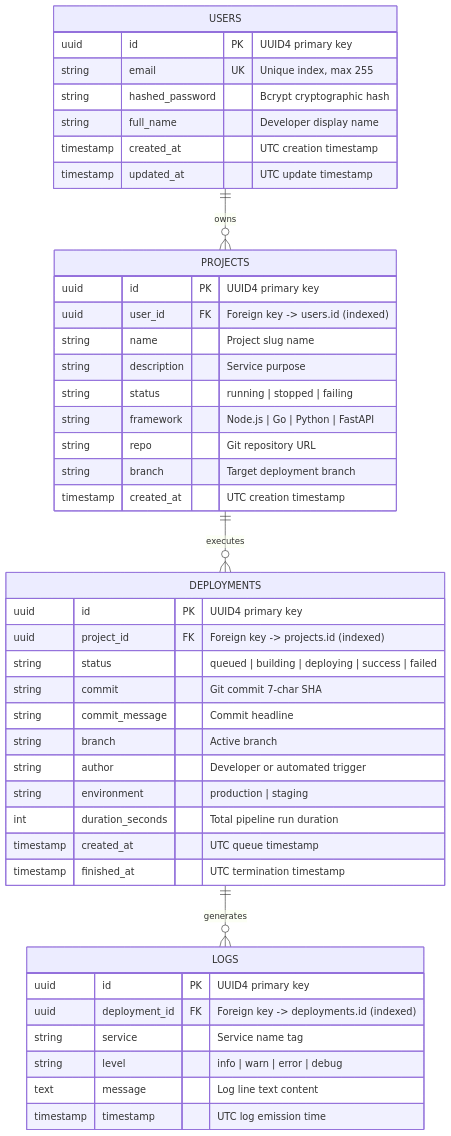
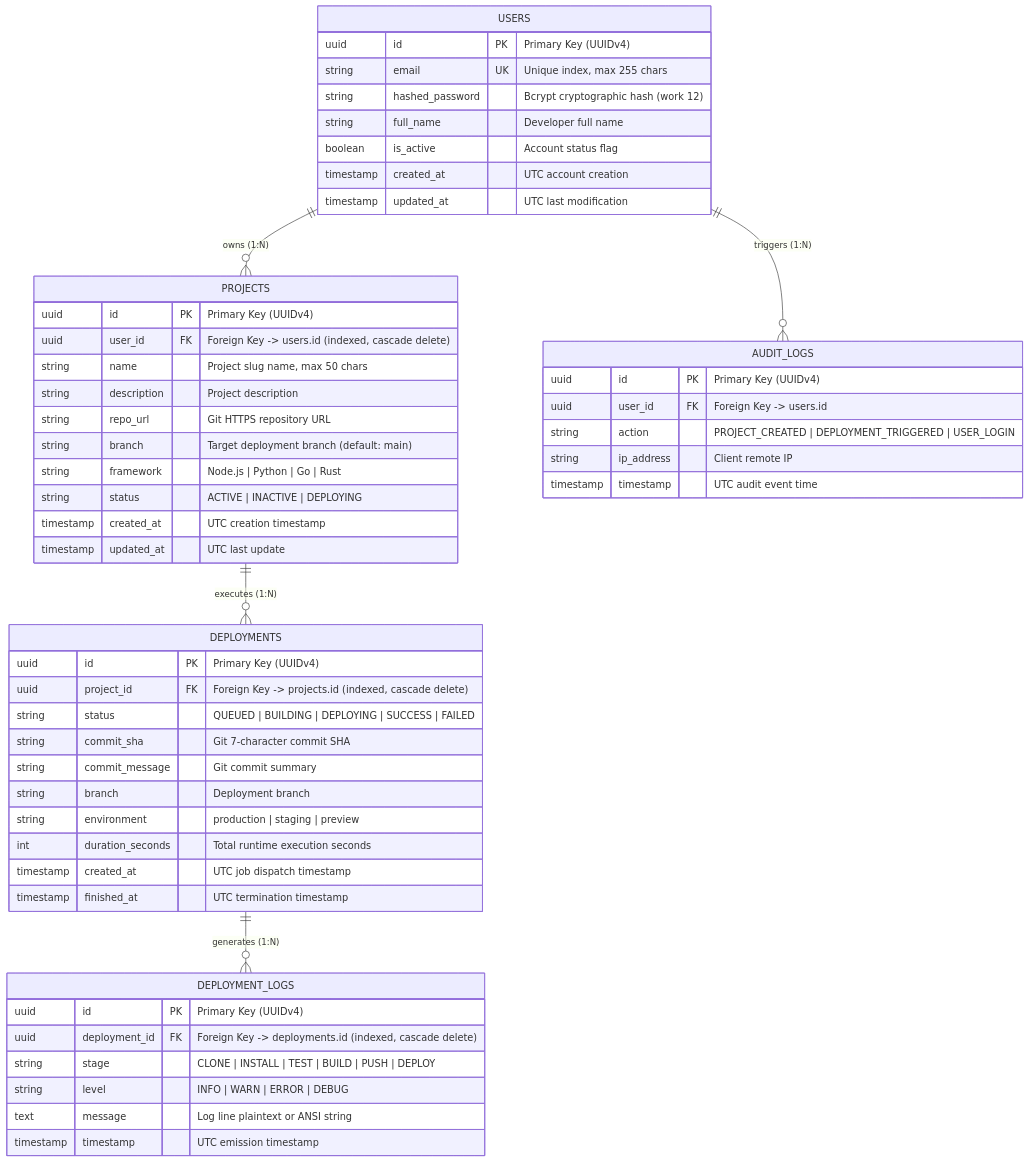
Before and after one commit to satviashwin369-creator/StackForge: the eighth of 10 diagrams in docs/Architecture.md, drawn with Mermaid. The commit also changed other lines of this file and 7 other files, not shown here.

Commit message:
docs(arch): add comprehensive system design diagrams (HLD, LLD, K8s, Docker, WS, ERD) and interactive visualizer

````diff
--- a/docs/Architecture.md
+++ b/docs/Architecture.md
@@ -157,50 +503,60 @@
 ```mermaid
 erDiagram
-    USERS ||--o{ PROJECTS : "owns"
-    PROJECTS ||--o{ DEPLOYMENTS : "executes"
-    DEPLOYMENTS ||--o{ LOGS : "generates"
+    USERS ||--o{ PROJECTS : "owns (1:N)"
+    USERS ||--o{ AUDIT_LOGS : "triggers (1:N)"
+    PROJECTS ||--o{ DEPLOYMENTS : "executes (1:N)"
+    DEPLOYMENTS ||--o{ DEPLOYMENT_LOGS : "generates (1:N)"
 
     USERS {
-        uuid id PK "UUID4 primary key"
-        string email UK "Unique index, max 255"
-        string hashed_password "Bcrypt cryptographic hash"
-        string full_name "Developer display name"
-        timestamp created_at "UTC creation timestamp"
-        timestamp updated_at "UTC update timestamp"
+        uuid id PK "Primary Key (UUIDv4)"
+        string email UK "Unique index, max 255 chars"
+        string hashed_password "Bcrypt cryptographic hash (work 12)"
+        string full_name "Developer full name"
+        boolean is_active "Account status flag"
+        timestamp created_at "UTC account creation"
+        timestamp updated_at "UTC last modification"
     }
 
     PROJECTS {
-        uuid id PK "UUID4 primary key"
-        uuid user_id FK "Foreign key -> users.id (indexed)"
-        string name "Project slug name"
-        string description "Service purpose"
-        string status "running | stopped | failing"
-        string framework "Node.js | Go | Python | FastAPI"
-        string repo "Git repository URL"
-        string branch "Target deployment branch"
+        uuid id PK "Primary Key (UUIDv4)"
+        uuid user_id FK "Foreign Key -> users.id (indexed, cascade delete)"
+        string name "Project slug name, max 50 chars"
+        string description "Project description"
+        string repo_url "Git HTTPS repository URL"
+        string branch "Target deployment branch (default: main)"
+        string framework "Node.js | Python | Go | Rust"
+        string status "ACTIVE | INACTIVE | DEPLOYING"
         timestamp created_at "UTC creation timestamp"
+        timestamp updated_at "UTC last update"
     }
 
     DEPLOYMENTS {
-        uuid id PK "UUID4 primary key"
-        uuid project_id FK "Foreign key -> projects.id (indexed)"
-        string status "queued | building | deploying | success | failed"
-        string commit "Git commit 7-char SHA"
-        string commit_message "Commit headline"
-        string branch "Active branch"
-        string author "Developer or automated trigger"
-        string environment "production | staging"
-        int duration_seconds "Total pipeline run duration"
-        timestamp created_at "UTC queue timestamp"
+        uuid id PK "Primary Key (UUIDv4)"
+        uuid project_id FK "Foreign Key -> projects.id (indexed, cascade delete)"
+        string status "QUEUED | BUILDING | DEPLOYING | SUCCESS | FAILED"
+        string commit_sha "Git 7-character commit SHA"
+        string commit_message "Git commit summary"
+        string branch "Deployment branch"
+        string environment "production | staging | preview"
+        int duration_seconds "Total runtime execution seconds"
+        timestamp created_at "UTC job dispatch timestamp"
         timestamp finished_at "UTC termination timestamp"
     }
 
-    LOGS {
-        uuid id PK "UUID4 primary key"
-        uuid deployment_id FK "Foreign key -> deployments.id (indexed)"
-        string service "Service name tag"
-        string level "info | warn | error | debug"
-        text message "Log line text content"
-        timestamp timestamp "UTC log emission time"
+    DEPLOYMENT_LOGS {
+        uuid id PK "Primary Key (UUIDv4)"
+        uuid deployment_id FK "Foreign Key -> deployments.id (indexed, cascade delete)"
+        string stage "CLONE | INSTALL | TEST | BUILD | PUSH | DEPLOY"
+        string level "INFO | WARN | ERROR | DEBUG"
+        text message "Log line plaintext or ANSI string"
+        timestamp timestamp "UTC emission timestamp"
+    }
+
+    AUDIT_LOGS {
+        uuid id PK "Primary Key (UUIDv4)"
+        uuid user_id FK "Foreign Key -> users.id"
+        string action "PROJECT_CREATED | DEPLOYMENT_TRIGGERED | USER_LOGIN"
+        string ip_address "Client remote IP"
+        timestamp timestamp "UTC audit event time"
     }
 ```
````
